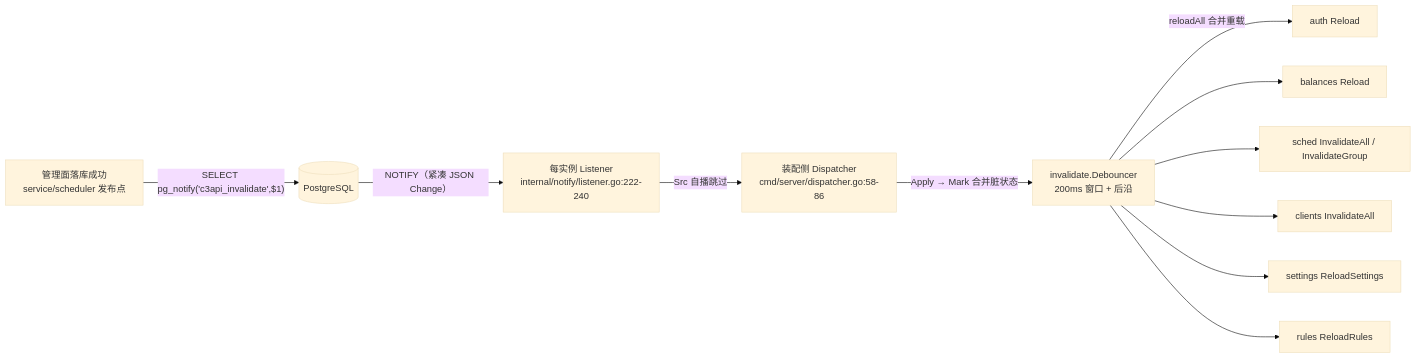
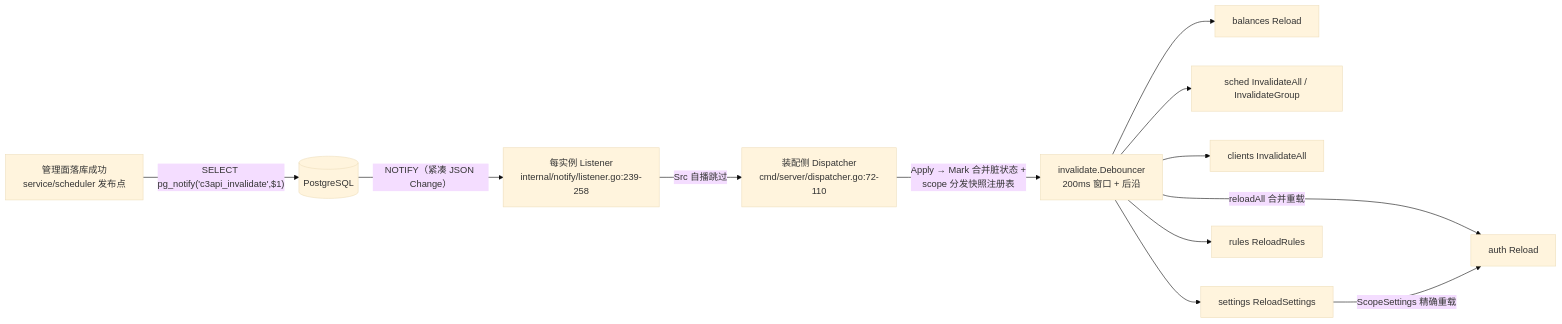
The third of 3 diagrams in docs/architecture-topology.md (baimao5299-ship-it/c4), drawn with Mermaid (base theme) before and after one commit. The commit also changed other lines of this file, not shown here.

Commit message:
docs(architecture): 架构拓扑文档全量刷新（四路调研 72 条差异，2026-08-15）

````diff
--- a/docs/architecture-topology.md
+++ b/docs/architecture-topology.md
@@ -236,13 +253,14 @@
 ```mermaid
 flowchart LR
     SVC["管理面落库成功<br/>service/scheduler 发布点"] -->|"SELECT pg_notify('c3api_invalidate',$1)"| PG[("PostgreSQL")]
-    PG -->|"NOTIFY（紧凑 JSON Change）"| L["每实例 Listener<br/>internal/notify/listener.go:222-240"]
-    L -->|"Src 自播跳过"| D["装配侧 Dispatcher<br/>cmd/server/dispatcher.go:58-86"]
-    D -->|"Apply → Mark 合并脏状态"| INV["invalidate.Debouncer<br/>200ms 窗口 + 后沿"]
+    PG -->|"NOTIFY（紧凑 JSON Change）"| L["每实例 Listener<br/>internal/notify/listener.go:239-258"]
+    L -->|"Src 自播跳过"| D["装配侧 Dispatcher<br/>cmd/server/dispatcher.go:72-110"]
+    D -->|"Apply → Mark 合并脏状态 +<br/>scope 分发快照注册表"| INV["invalidate.Debouncer<br/>200ms 窗口 + 后沿"]
     INV -->|"reloadAll 合并重载"| R1["auth Reload"]
     INV --> R2["balances Reload"]
     INV --> R3["sched InvalidateAll / InvalidateGroup"]
     INV --> R4["clients InvalidateAll"]
     INV --> R5["settings ReloadSettings"]
     INV --> R6["rules ReloadRules"]
+    R5 -->|"ScopeSettings 精确重载"| R1
 ```
````
